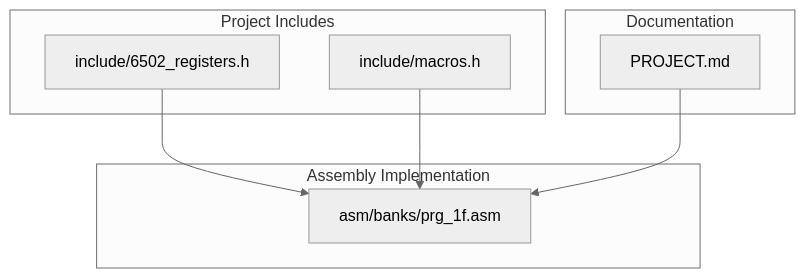
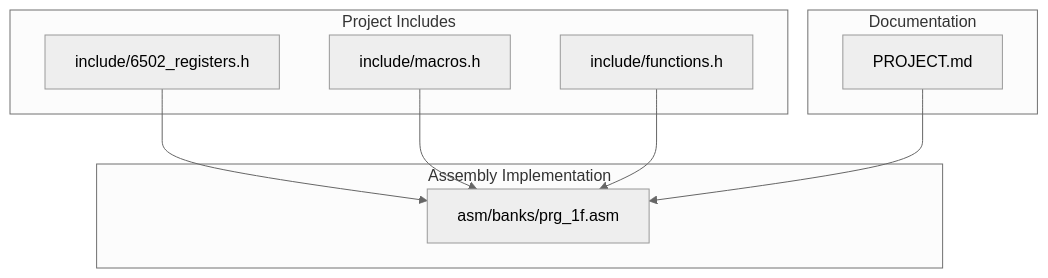
One commit to rabbyzero/sango2dasm changed the first of 6 diagrams in .qoder/repowiki/en/content/Hardware Abstraction Layer/PPU and APU Register Definitions.md. Above: the diagram before and after it, drawn with Mermaid (neutral theme). The commit also changed other lines of this file and 34 other files, not shown here.

````diff
--- a/.qoder/repowiki/en/content/Hardware Abstraction Layer/PPU and APU Register Definitions.md
+++ b/.qoder/repowiki/en/content/Hardware Abstraction Layer/PPU and APU Register Definitions.md
@@ -28,16 +36,18 @@
 ```mermaid
 graph TB
 subgraph "Project Includes"
 REG["include/6502_registers.h"]
 MAC["include/macros.h"]
+FUNC["include/functions.h"]
 end
 subgraph "Assembly Implementation"
 ASM["asm/banks/prg_1f.asm"]
 end
 subgraph "Documentation"
 DOC["PROJECT.md"]
 end
 REG --> ASM
 MAC --> ASM
+FUNC --> ASM
 DOC --> ASM
 ```
````
